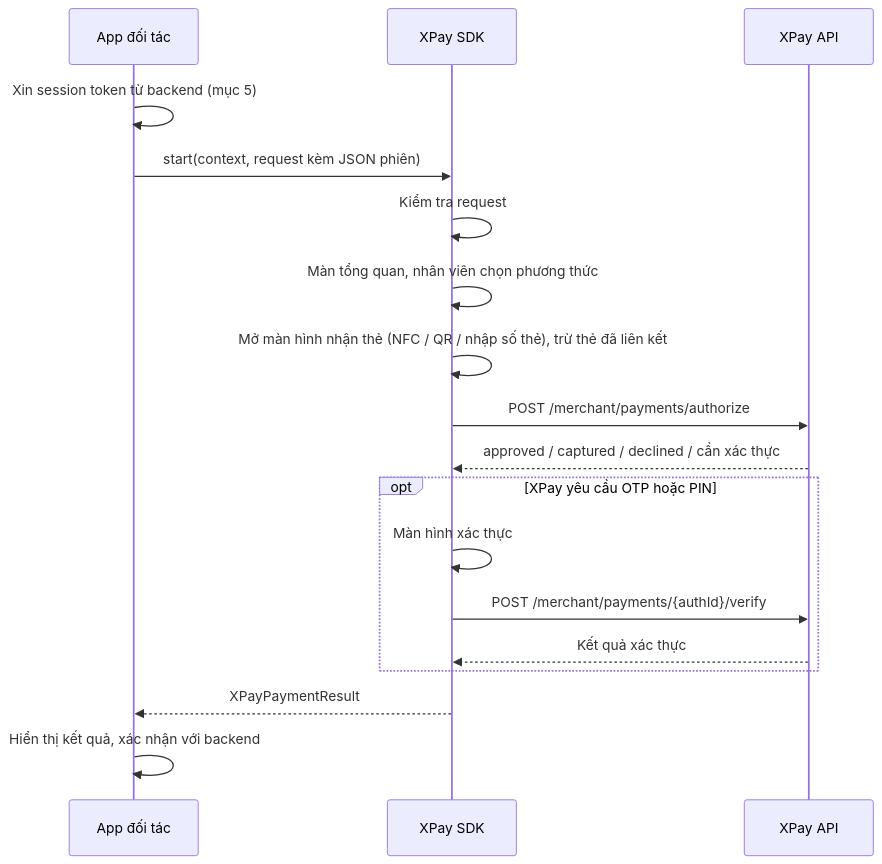
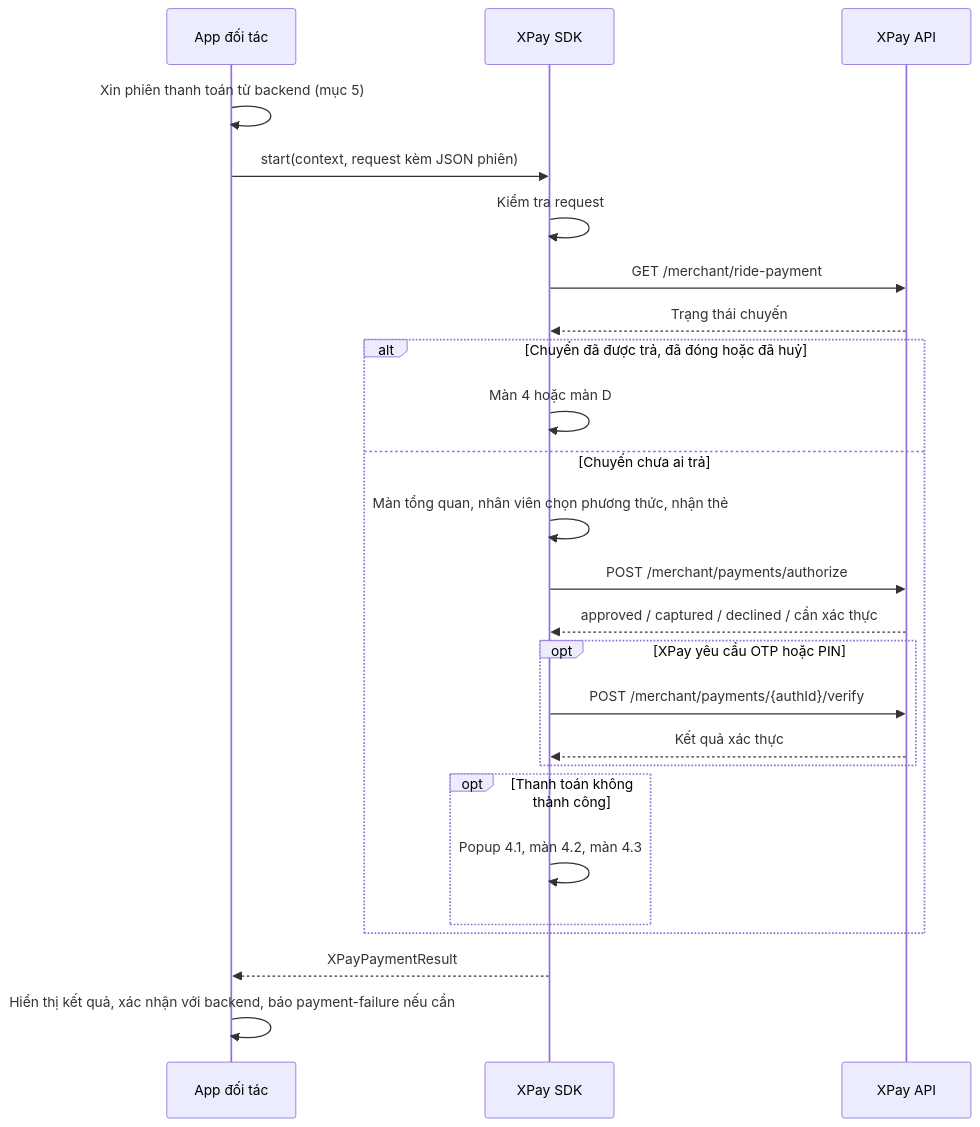
The second of 2 diagrams in README.vi.md (nggiahuy09/xpay-payment-sdk), drawn with Mermaid before and after one commit. The commit also changed other lines of this file and 127 other files, not shown here.

````diff
--- a/README.vi.md
+++ b/README.vi.md
@@ -210,20 +223,27 @@
 ```mermaid
 sequenceDiagram
     participant App as App đối tác
     participant SDK as XPay SDK
     participant XPay as XPay API
-    App->>App: Xin session token từ backend (mục 5)
+    App->>App: Xin phiên thanh toán từ backend (mục 5)
     App->>SDK: start(context, request kèm JSON phiên)
     SDK->>SDK: Kiểm tra request
-    SDK->>SDK: Màn tổng quan, nhân viên chọn phương thức
-    SDK->>SDK: Mở màn hình nhận thẻ (NFC / QR / nhập số thẻ), trừ thẻ đã liên kết
-    SDK->>XPay: POST /merchant/payments/authorize
-    XPay-->>SDK: approved / captured / declined / cần xác thực
-    opt XPay yêu cầu OTP hoặc PIN
-        SDK->>SDK: Màn hình xác thực
-        SDK->>XPay: POST /merchant/payments/{authId}/verify
-        XPay-->>SDK: Kết quả xác thực
+    SDK->>XPay: GET /merchant/ride-payment
+    XPay-->>SDK: Trạng thái chuyến
+    alt Chuyến đã được trả, đã đóng hoặc đã huỷ
+        SDK->>SDK: Màn 4 hoặc màn D
+    else Chuyến chưa ai trả
+        SDK->>SDK: Màn tổng quan, nhân viên chọn phương thức, nhận thẻ
+        SDK->>XPay: POST /merchant/payments/authorize
+        XPay-->>SDK: approved / captured / declined / cần xác thực
+        opt XPay yêu cầu OTP hoặc PIN
+            SDK->>XPay: POST /merchant/payments/{authId}/verify
+            XPay-->>SDK: Kết quả xác thực
+        end
+        opt Thanh toán không thành công
+            SDK->>SDK: Popup 4.1, màn 4.2, màn 4.3
+        end
     end
     SDK-->>App: XPayPaymentResult
-    App->>App: Hiển thị kết quả, xác nhận với backend
+    App->>App: Hiển thị kết quả, xác nhận với backend, báo payment-failure nếu cần
 ```
````
